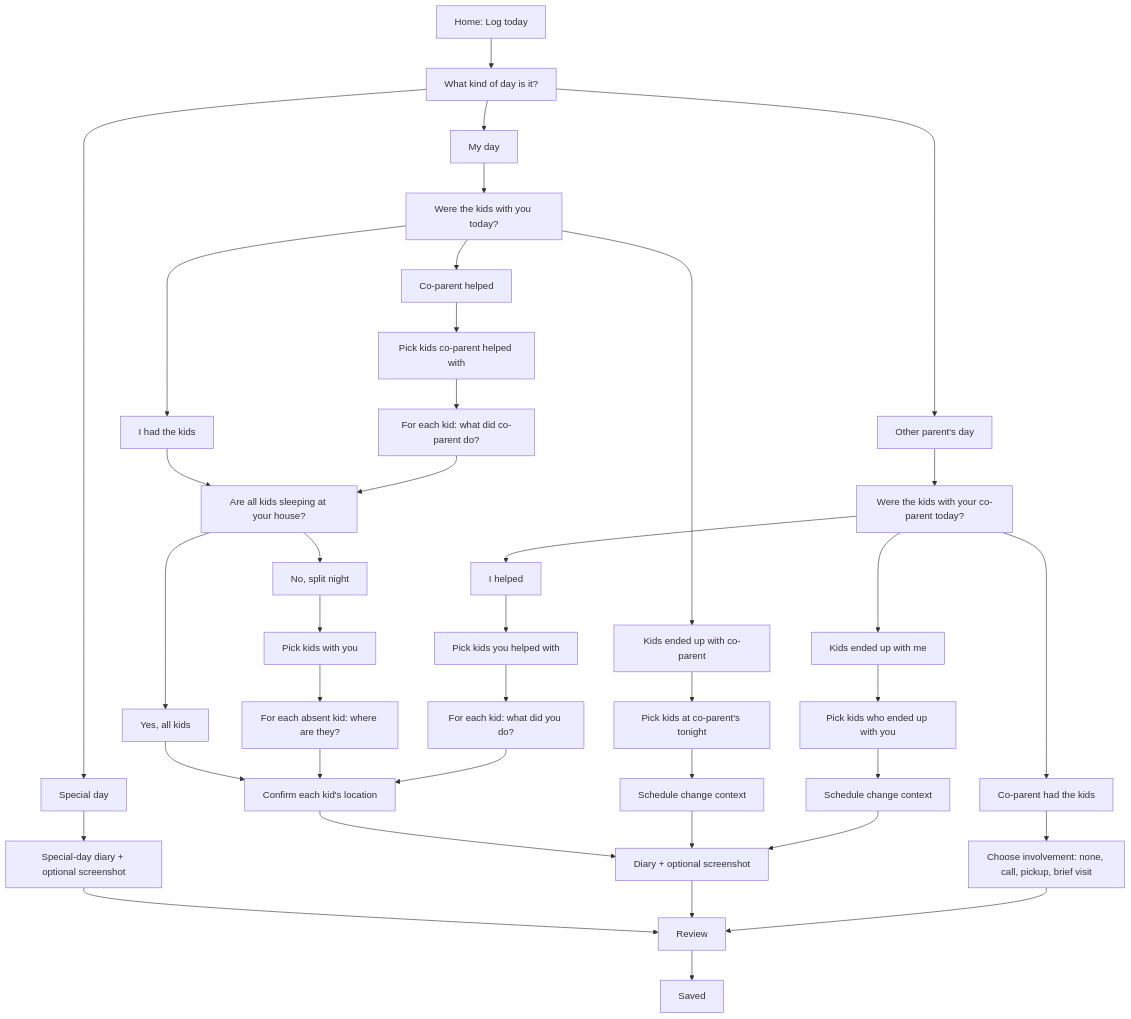
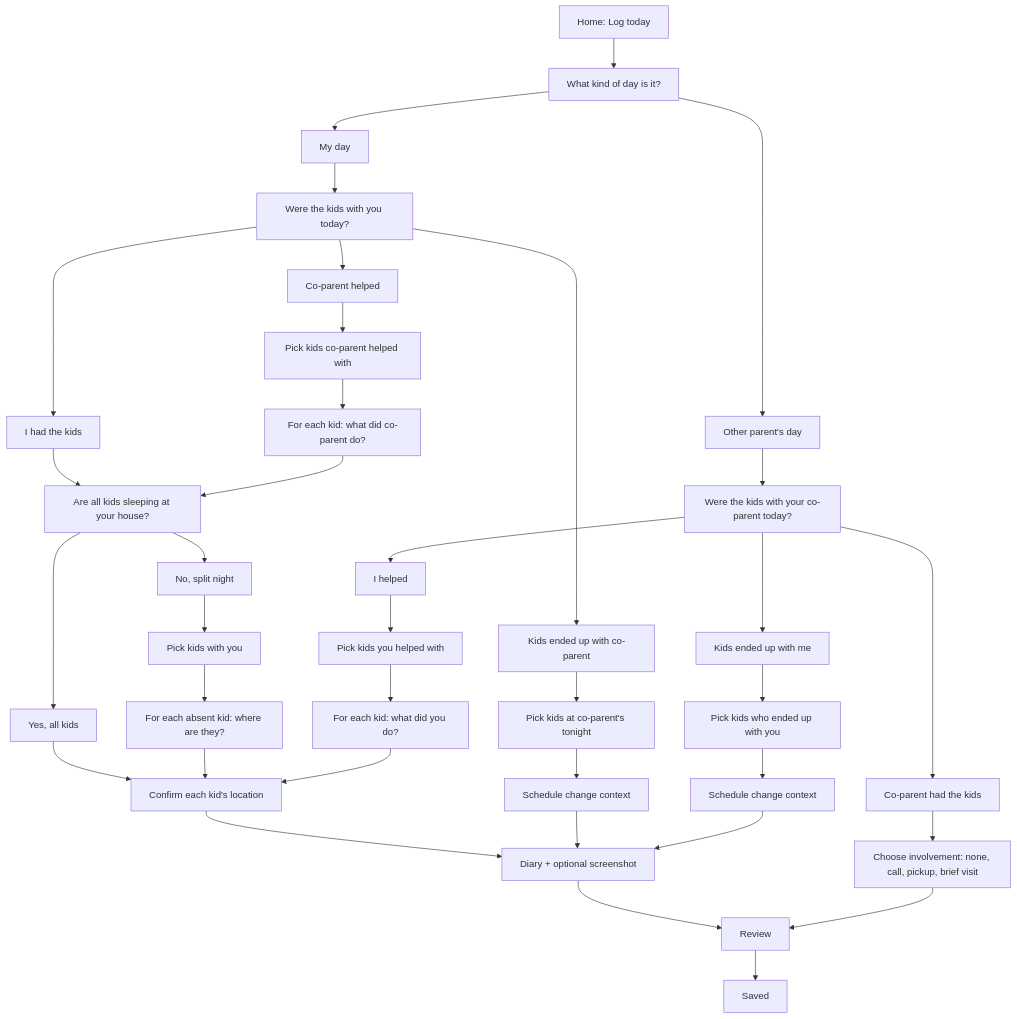
One commit to smrif/thomjrepo changed the first of 2 diagrams in DECISION_TREE.md. Above: the diagram before and after it, drawn with Mermaid. The commit also changed other lines of this file and 6 other files, not shown here.

Commit message:
Remove special day check-in path

````diff
--- a/DECISION_TREE.md
+++ b/DECISION_TREE.md
@@ -7,51 +7,48 @@
 ```mermaid
 flowchart TD
   Start["Home: Log today"] --> DayType["What kind of day is it?"]
 
   DayType --> MyDay["My day"]
   DayType --> TheirDay["Other parent's day"]
-  DayType --> Special["Special day"]
 
-  Special --> SpecialDiary["Special-day diary + optional screenshot"]
-  SpecialDiary --> Review["Review"]
   Review --> Saved["Saved"]
 
   MyDay --> MyDayActual["Were the kids with you today?"]
   MyDayActual --> MyNormal["I had the kids"]
   MyDayActual --> CoParentHelped["Co-parent helped"]
   MyDayActual --> KidsAtCoParent["Kids ended up with co-parent"]
 
   MyNormal --> AllKidsHome["Are all kids sleeping at your house?"]
   AllKidsHome --> AllYes["Yes, all kids"]
   AllKidsHome --> SplitNight["No, split night"]
   AllYes --> KidsConfirm["Confirm each kid's location"]
   SplitNight --> PickKidsHome["Pick kids with you"]
   PickKidsHome --> AbsentLoop["For each absent kid: where are they?"]
   AbsentLoop --> KidsConfirm
   KidsConfirm --> Diary["Diary + optional screenshot"]
   Diary --> Review
 
   CoParentHelped --> PickCoParentHelpedKids["Pick kids co-parent helped with"]
   PickCoParentHelpedKids --> CoParentHelpedActivity["For each kid: what did co-parent do?"]
   CoParentHelpedActivity --> AllKidsHome
 
   KidsAtCoParent --> PickKidsAtCoParent["Pick kids at co-parent's tonight"]
   PickKidsAtCoParent --> ChangeContextDadDay["Schedule change context"]
   ChangeContextDadDay --> Diary
 
   TheirDay --> TheirDayActual["Were the kids with your co-parent today?"]
   TheirDayActual --> CoParentHadKids["Co-parent had the kids"]
   TheirDayActual --> IHelped["I helped"]
   TheirDayActual --> KidsWithMe["Kids ended up with me"]
 
   CoParentHadKids --> EasyInvolvement["Choose involvement: none, call, pickup, brief visit"]
   EasyInvolvement --> Review
 
   IHelped --> PickHelpedKids["Pick kids you helped with"]
   PickHelpedKids --> HelpedActivity["For each kid: what did you do?"]
   HelpedActivity --> KidsConfirm
 
   KidsWithMe --> PickKidsWithMe["Pick kids who ended up with you"]
   PickKidsWithMe --> ChangeContextTheirDay["Schedule change context"]
   ChangeContextTheirDay --> Diary
 ```
````
